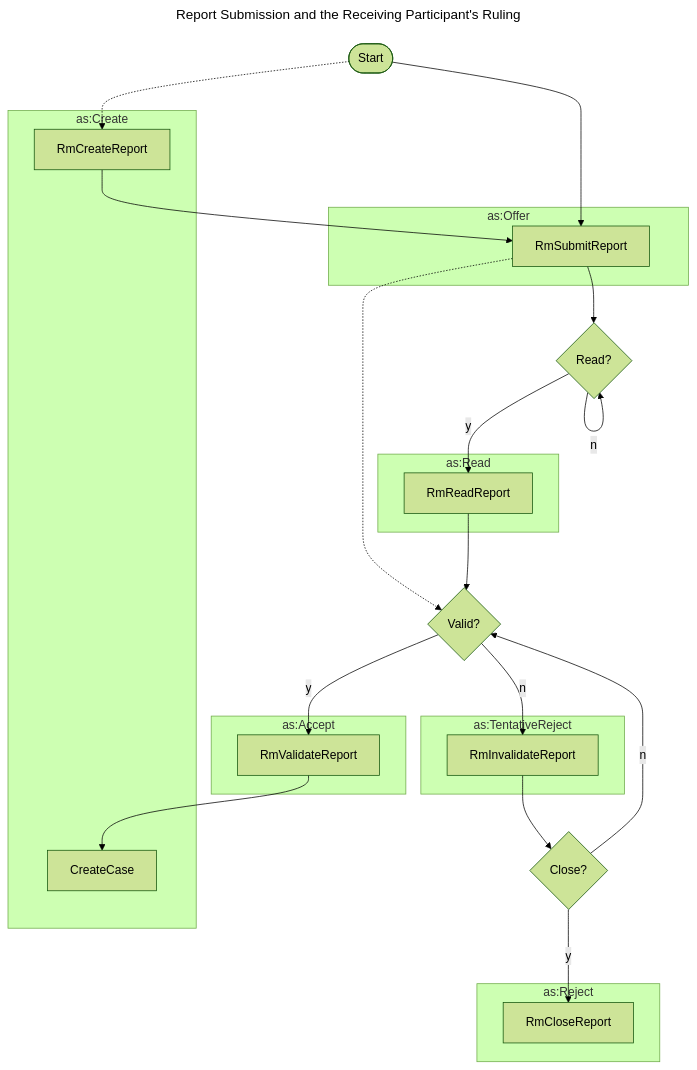
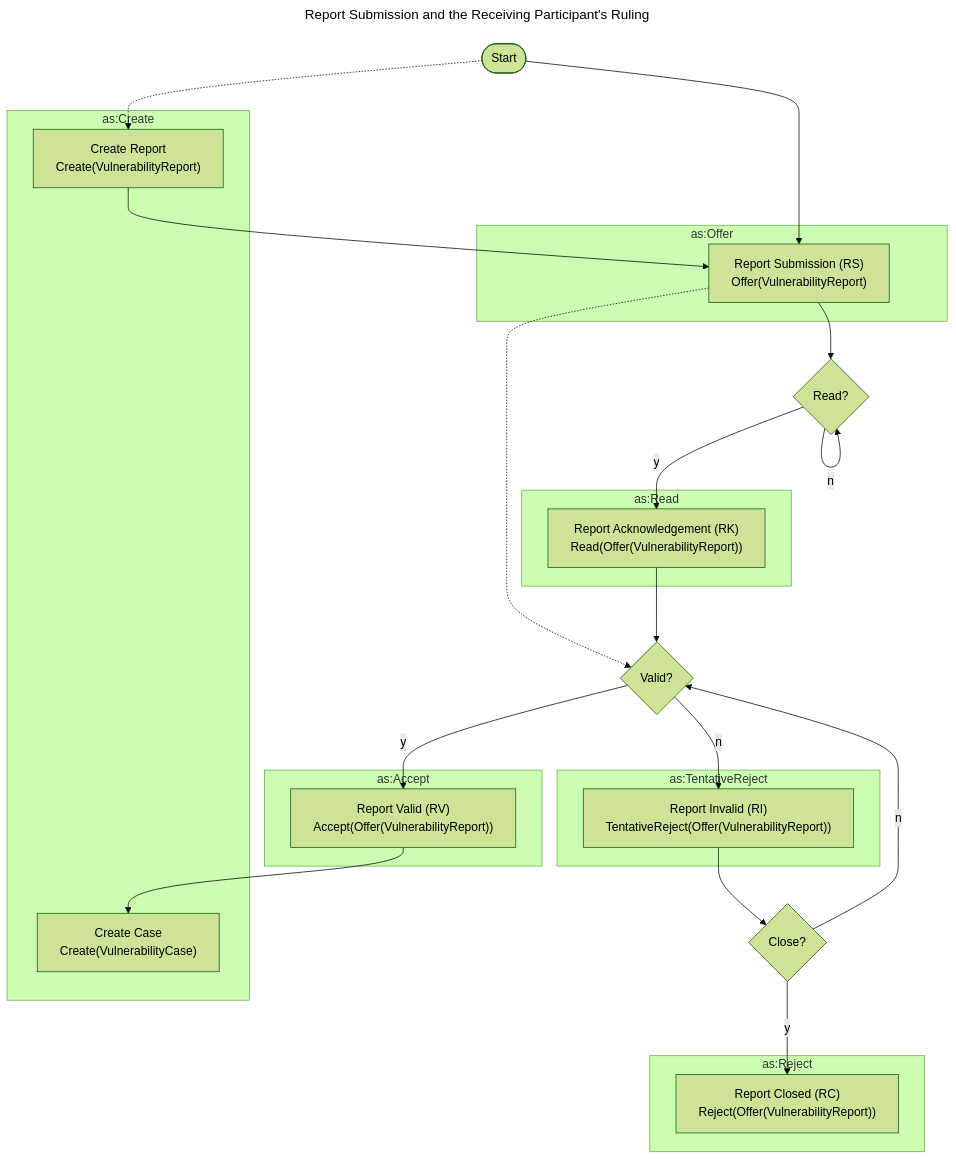
Before and after one commit to CERTCC/Vultron: the diagram in docs/howto/activitypub/activities/report_vulnerability.md, drawn with Mermaid (forest theme). The commit also changed other lines of this file and 21 other files, not shown here.

````diff
--- a/docs/howto/activitypub/activities/report_vulnerability.md
+++ b/docs/howto/activitypub/activities/report_vulnerability.md
@@ -29,40 +27,40 @@
 ```mermaid
 ---
 title: Report Submission and the Receiving Participant's Ruling
 ---
 flowchart TB
     subgraph as:Create
-        RmCreateReport
-        CreateCase
+        RmCreateReport["Create Report<br/>Create(VulnerabilityReport)"]
+        CreateCase["Create Case<br/>Create(VulnerabilityCase)"]
     end
     subgraph as:Read
-        RmReadReport
+        RmReadReport["Report Acknowledgement (RK)<br/>Read(Offer(VulnerabilityReport))"]
     end
     subgraph as:Offer
-        RmSubmitReport
+        RmSubmitReport["Report Submission (RS)<br/>Offer(VulnerabilityReport)"]
     end
     subgraph as:Accept
-        RmValidateReport
+        RmValidateReport["Report Valid (RV)<br/>Accept(Offer(VulnerabilityReport))"]
     end
     subgraph as:TentativeReject
-        RmInvalidateReport
+        RmInvalidateReport["Report Invalid (RI)<br/>TentativeReject(Offer(VulnerabilityReport))"]
     end
     subgraph as:Reject
-        RmCloseReport
+        RmCloseReport["Report Closed (RC)<br/>Reject(Offer(VulnerabilityReport))"]
     end
     start([Start])
     start -.-> RmCreateReport
     start --> RmSubmitReport
     RmCreateReport --> RmSubmitReport
     RmSubmitReport -.-> v{Valid?}
     RmSubmitReport --> r{Read?}
     r -->|y| RmReadReport
     r -->|n| r
     v -->|y| RmValidateReport
     RmReadReport --> v
     v -->|n| RmInvalidateReport
     RmInvalidateReport --> c{Close?}
     c -->|y| RmCloseReport
     c -->|n| v
     RmValidateReport --> CreateCase
 ```
````
